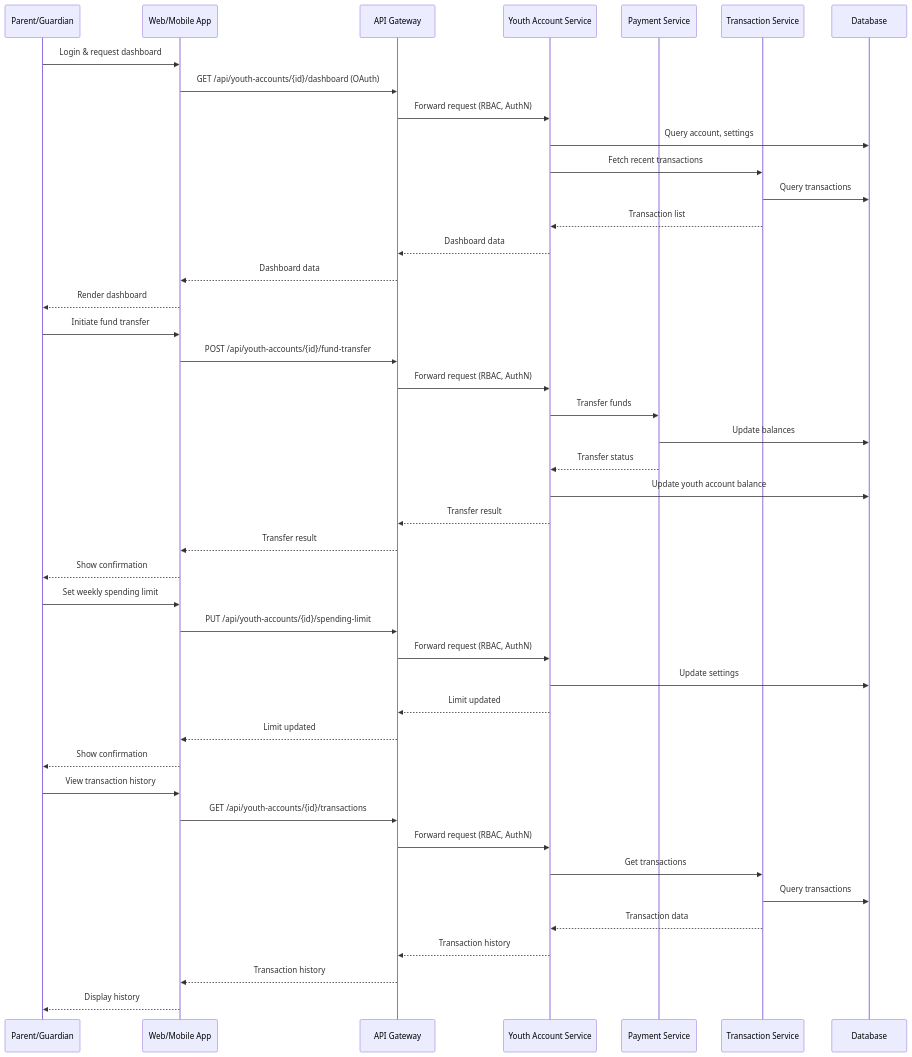
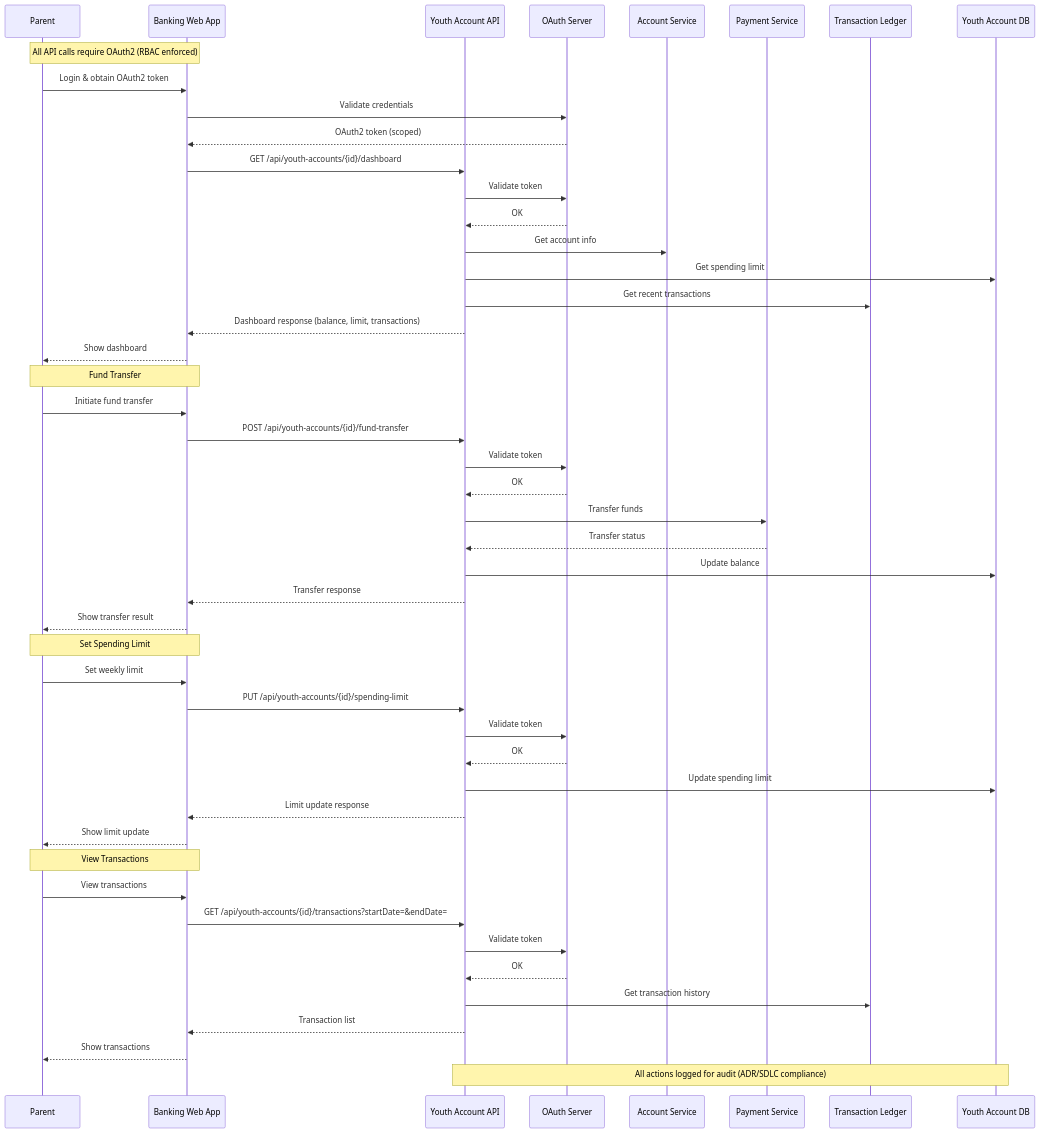
Before and after one commit to Ascend-Krithi/SCIB-Inception: the diagram in Components and Sequence Diagrams/sequence_diagram.mmd, drawn with Mermaid. The commit also changed 1 other file, not shown here.

```diff
--- a/Components and Sequence Diagrams/sequence_diagram.mmd
+++ b/Components and Sequence Diagrams/sequence_diagram.mmd
@@ -1,53 +1,49 @@
-%% Sequence Diagram for Youth Account Management (Mermaid)
+%% Sequence Diagram - Parent-Youth Account Management (Mermaid)
 sequenceDiagram
-    participant Parent as Parent/Guardian
-    participant WebApp as Web/Mobile App
-    participant APIGW as API Gateway
-    participant YAS as Youth Account Service
-    participant PaySvc as Payment Service
-    participant TxnSvc as Transaction Service
-    participant DB as Database
-
-    %% Dashboard Retrieval
-    Parent->>WebApp: Login & request dashboard
-    WebApp->>APIGW: GET /api/youth-accounts/{id}/dashboard (OAuth)
-    APIGW->>YAS: Forward request (RBAC, AuthN)
-    YAS->>DB: Query account, settings
-    YAS->>TxnSvc: Fetch recent transactions
-    TxnSvc->>DB: Query transactions
-    TxnSvc-->>YAS: Transaction list
-    YAS-->>APIGW: Dashboard data
-    APIGW-->>WebApp: Dashboard data
-    WebApp-->>Parent: Render dashboard
-
-    %% Fund Transfer
+    participant Parent as Parent
+    participant WebApp as Banking Web App
+    participant API as Youth Account API
+    participant Auth as OAuth Server
+    participant AccountSvc as Account Service
+    participant PaymentSvc as Payment Service
+    participant TxnSvc as Transaction Ledger
+    participant DB as Youth Account DB
+    Note over Parent,WebApp: All API calls require OAuth2 (RBAC enforced)
+    Parent->>WebApp: Login & obtain OAuth2 token
+    WebApp->>Auth: Validate credentials
+    Auth-->>WebApp: OAuth2 token (scoped)
+    WebApp->>API: GET /api/youth-accounts/{id}/dashboard
+    API->>Auth: Validate token
+    Auth-->>API: OK
+    API->>AccountSvc: Get account info
+    API->>DB: Get spending limit
+    API->>TxnSvc: Get recent transactions
+    API-->>WebApp: Dashboard response (balance, limit, transactions)
+    WebApp-->>Parent: Show dashboard
+    Note over Parent,WebApp: Fund Transfer
     Parent->>WebApp: Initiate fund transfer
-    WebApp->>APIGW: POST /api/youth-accounts/{id}/fund-transfer
-    APIGW->>YAS: Forward request (RBAC, AuthN)
-    YAS->>PaySvc: Transfer funds
-    PaySvc->>DB: Update balances
-    PaySvc-->>YAS: Transfer status
-    YAS->>DB: Update youth account balance
-    YAS-->>APIGW: Transfer result
-    APIGW-->>WebApp: Transfer result
-    WebApp-->>Parent: Show confirmation
-
-    %% Set Spending Limit
-    Parent->>WebApp: Set weekly spending limit
-    WebApp->>APIGW: PUT /api/youth-accounts/{id}/spending-limit
-    APIGW->>YAS: Forward request (RBAC, AuthN)
-    YAS->>DB: Update settings
-    YAS-->>APIGW: Limit updated
-    APIGW-->>WebApp: Limit updated
-    WebApp-->>Parent: Show confirmation
-
-    %% Retrieve Transaction History
-    Parent->>WebApp: View transaction history
-    WebApp->>APIGW: GET /api/youth-accounts/{id}/transactions
-    APIGW->>YAS: Forward request (RBAC, AuthN)
-    YAS->>TxnSvc: Get transactions
-    TxnSvc->>DB: Query transactions
-    TxnSvc-->>YAS: Transaction data
-    YAS-->>APIGW: Transaction history
-    APIGW-->>WebApp: Transaction history
-    WebApp-->>Parent: Display history
+    WebApp->>API: POST /api/youth-accounts/{id}/fund-transfer
+    API->>Auth: Validate token
+    Auth-->>API: OK
+    API->>PaymentSvc: Transfer funds
+    PaymentSvc-->>API: Transfer status
+    API->>DB: Update balance
+    API-->>WebApp: Transfer response
+    WebApp-->>Parent: Show transfer result
+    Note over Parent,WebApp: Set Spending Limit
+    Parent->>WebApp: Set weekly limit
+    WebApp->>API: PUT /api/youth-accounts/{id}/spending-limit
+    API->>Auth: Validate token
+    Auth-->>API: OK
+    API->>DB: Update spending limit
+    API-->>WebApp: Limit update response
+    WebApp-->>Parent: Show limit update
+    Note over Parent,WebApp: View Transactions
+    Parent->>WebApp: View transactions
+    WebApp->>API: GET /api/youth-accounts/{id}/transactions?startDate=&endDate=
+    API->>Auth: Validate token
+    Auth-->>API: OK
+    API->>TxnSvc: Get transaction history
+    API-->>WebApp: Transaction list
+    WebApp-->>Parent: Show transactions
+    Note over API,DB: All actions logged for audit (ADR/SDLC compliance)
```
